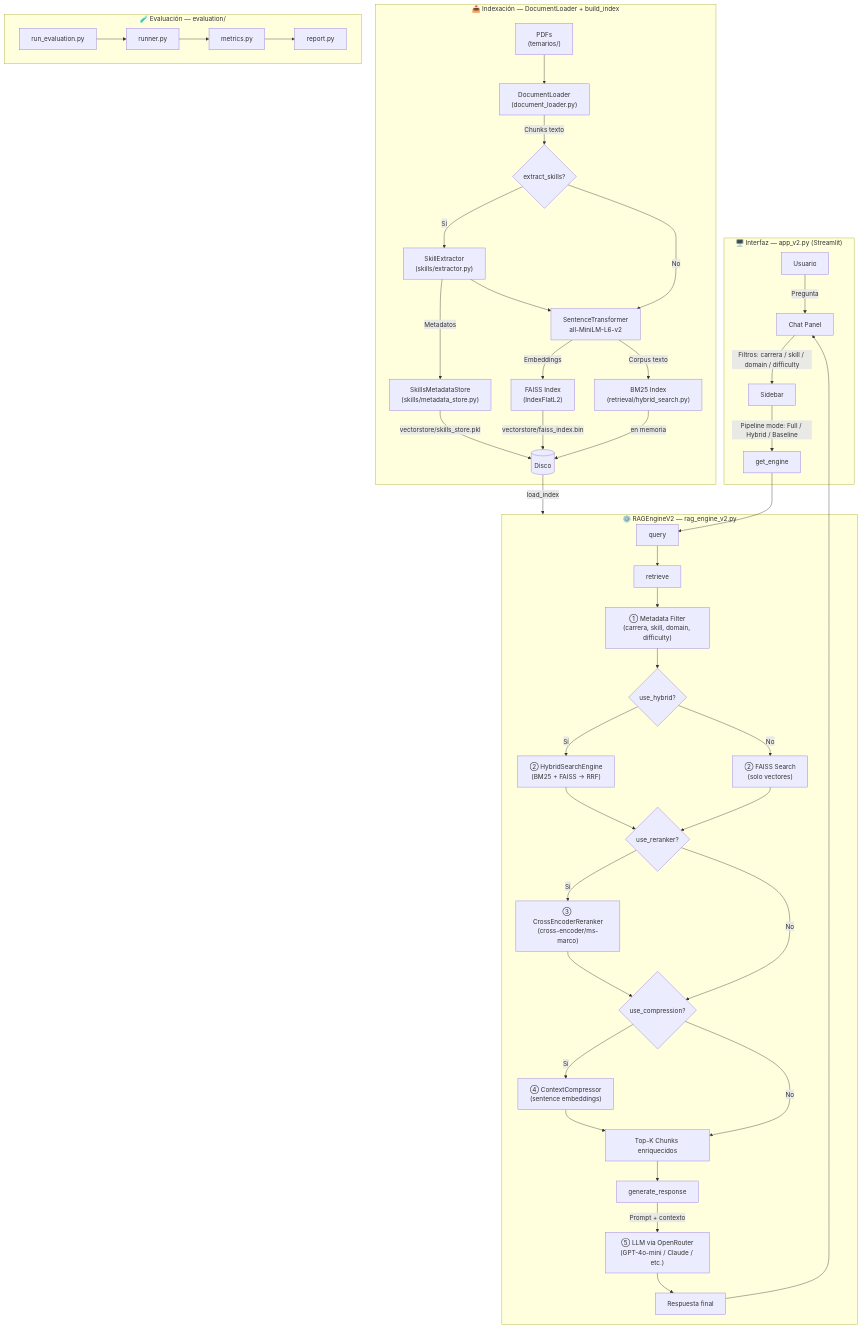
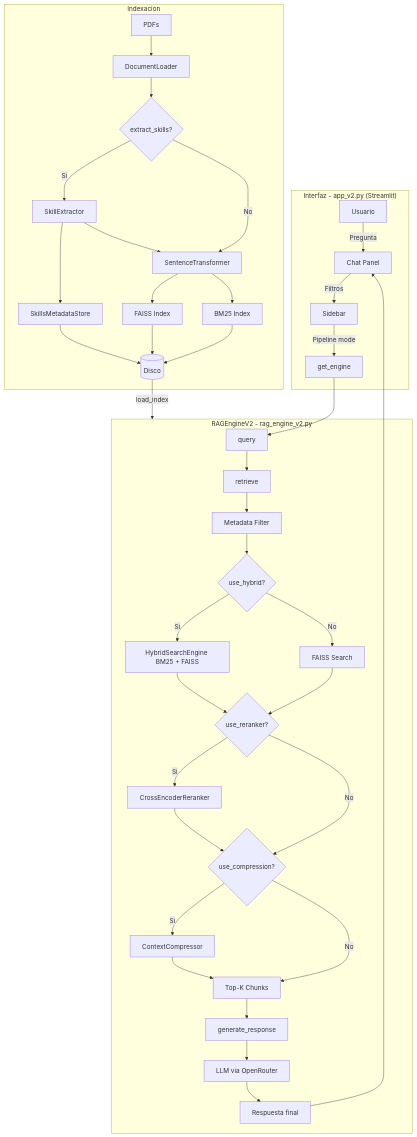
Before and after one commit to AaronUgalde/RAG-temarios: the diagram in README.md, drawn with Mermaid.

Commit message:
Fix formatting and improve diagram labels in README

````diff
--- a/README.md
+++ b/README.md
@@ -13,51 +13,45 @@
 ```mermaid
 flowchart TD
-    subgraph UI["🖥️ Interfaz — app_v2.py (Streamlit)"]
+    subgraph UI["Interfaz - app_v2.py (Streamlit)"]
         A[Usuario] -->|Pregunta| B[Chat Panel]
-        B -->|Filtros: carrera / skill / domain / difficulty| C[Sidebar]
-        C -->|Pipeline mode: Full / Hybrid / Baseline| D[get_engine]
+        B -->|Filtros| C[Sidebar]
+        C -->|Pipeline mode| D[get_engine]
     end
 
-    subgraph Engine["⚙️ RAGEngineV2 — rag_engine_v2.py"]
+    subgraph Engine["RAGEngineV2 - rag_engine_v2.py"]
         D --> E[query]
         E --> F[retrieve]
-        F --> G["① Metadata Filter\n(carrera, skill, domain, difficulty)"]
-        G --> H{"use_hybrid?"}
-        H -->|Sí| I["② HybridSearchEngine\n(BM25 + FAISS → RRF)"]
-        H -->|No| J["② FAISS Search\n(solo vectores)"]
-        I --> K{"use_reranker?"}
+        F --> G[Metadata Filter]
+        G --> H{use_hybrid?}
+        H -->|Si| I[HybridSearchEngine BM25 + FAISS]
+        H -->|No| J[FAISS Search]
+        I --> K{use_reranker?}
         J --> K
-        K -->|Sí| L["③ CrossEncoderReranker\n(cross-encoder/ms-marco)"]
+        K -->|Si| L[CrossEncoderReranker]
         K -->|No| M
-        L --> M{"use_compression?"}
-        M -->|Sí| N["④ ContextCompressor\n(sentence embeddings)"]
+        L --> M{use_compression?}
+        M -->|Si| N[ContextCompressor]
         M -->|No| O
-        N --> O[Top-K Chunks enriquecidos]
+        N --> O[Top-K Chunks]
         O --> P[generate_response]
-        P -->|Prompt + contexto| Q["⑤ LLM via OpenRouter\n(GPT-4o-mini / Claude / etc.)"]
+        P --> Q[LLM via OpenRouter]
         Q --> R[Respuesta final]
         R --> B
     end
 
-    subgraph Indexing["📥 Indexación — DocumentLoader + build_index"]
-        S["PDFs\n(temarios/)"] --> T["DocumentLoader\n(document_loader.py)"]
-        T -->|Chunks texto| U{"extract_skills?"}
-        U -->|Sí| V["SkillExtractor\n(skills/extractor.py)"]
+    subgraph Indexing["Indexacion"]
+        S[PDFs] --> T[DocumentLoader]
+        T --> U{extract_skills?}
+        U -->|Si| V[SkillExtractor]
         U -->|No| W
-        V -->|Metadatos| X["SkillsMetadataStore\n(skills/metadata_store.py)"]
-        V --> W["SentenceTransformer\nall-MiniLM-L6-v2"]
-        W -->|Embeddings| Y["FAISS Index\n(IndexFlatL2)"]
-        W -->|Corpus texto| Z["BM25 Index\n(retrieval/hybrid_search.py)"]
-        Y -->|vectorstore/faiss_index.bin| AA[(Disco)]
-        Z -->|en memoria| AA
-        X -->|vectorstore/skills_store.pkl| AA
-    end
-
-    subgraph Eval["🧪 Evaluación — evaluation/"]
-        AB[run_evaluation.py] --> AC[runner.py]
-        AC --> AD[metrics.py]
-        AD --> AE[report.py]
+        V --> X[SkillsMetadataStore]
+        V --> W[SentenceTransformer]
+        W --> Y[FAISS Index]
+        W --> Z[BM25 Index]
+        Y --> AA[(Disco)]
+        Z --> AA
+        X --> AA
     end
 
     AA -->|load_index| Engine
 ```
````
